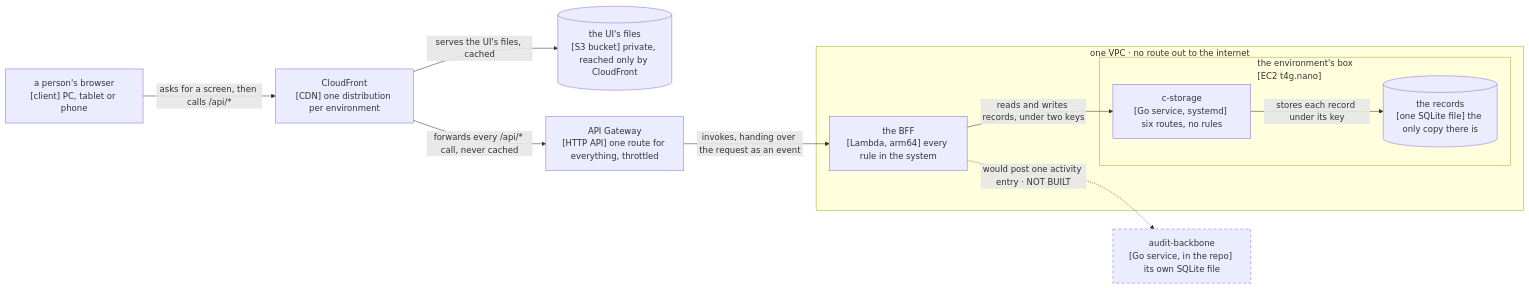
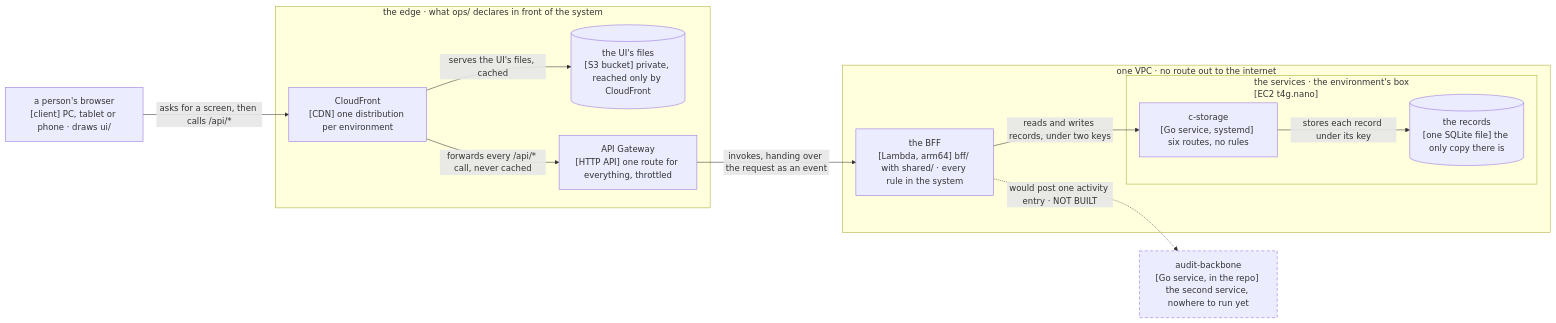
Before and after one commit to ancJ29/credo: the diagram in docs/architecture.md, drawn with Mermaid. The commit also changed other lines of this file and 3 other files, not shown here.

First line of the commit message:
docs(architecture): the page tells the system's journey, and what sat at file level goes to its pair

````diff
--- a/docs/architecture.md
+++ b/docs/architecture.md
@@ -15,24 +15,26 @@
 ```mermaid
 flowchart LR
-  browser["a person's browser<br/>[client] PC, tablet or phone"]
-  cdn["CloudFront<br/>[CDN] one distribution per environment"]
-  s3[("the UI's files<br/>[S3 bucket] private, reached only by CloudFront")]
-  api["API Gateway<br/>[HTTP API] one route for everything, throttled"]
+  browser["a person's browser<br/>[client] PC, tablet or phone · draws ui/"]
+  subgraph edge["the edge · what ops/ declares in front of the system"]
+    cdn["CloudFront<br/>[CDN] one distribution per environment"]
+    s3[("the UI's files<br/>[S3 bucket] private, reached only by CloudFront")]
+    api["API Gateway<br/>[HTTP API] one route for everything, throttled"]
+  end
   subgraph vpc["one VPC · no route out to the internet"]
-    bff["the BFF<br/>[Lambda, arm64] every rule in the system"]
-    subgraph box["the environment's box<br/>[EC2 t4g.nano]"]
+    bff["the BFF<br/>[Lambda, arm64] bff/ with shared/ · every rule in the system"]
+    subgraph box["the services · the environment's box<br/>[EC2 t4g.nano]"]
       cs["c-storage<br/>[Go service, systemd] six routes, no rules"]
       db[("the records<br/>[one SQLite file] the only copy there is")]
     end
   end
-  ab["audit-backbone<br/>[Go service, in the repo] its own SQLite file"]
+  ab["audit-backbone<br/>[Go service, in the repo] the second service, nowhere to run yet"]
   browser -- "asks for a screen, then calls /api/*" --> cdn
   cdn -- "serves the UI's files, cached" --> s3
   cdn -- "forwards every /api/* call, never cached" --> api
   api -- "invokes, handing over the request as an event" --> bff
   bff -- "reads and writes records, under two keys" --> cs
   cs -- "stores each record under its key" --> db
   bff -. "would post one activity entry · NOT BUILT" .-> ab
   classDef intended stroke-dasharray: 6 4
   class ab intended
 ```
````
